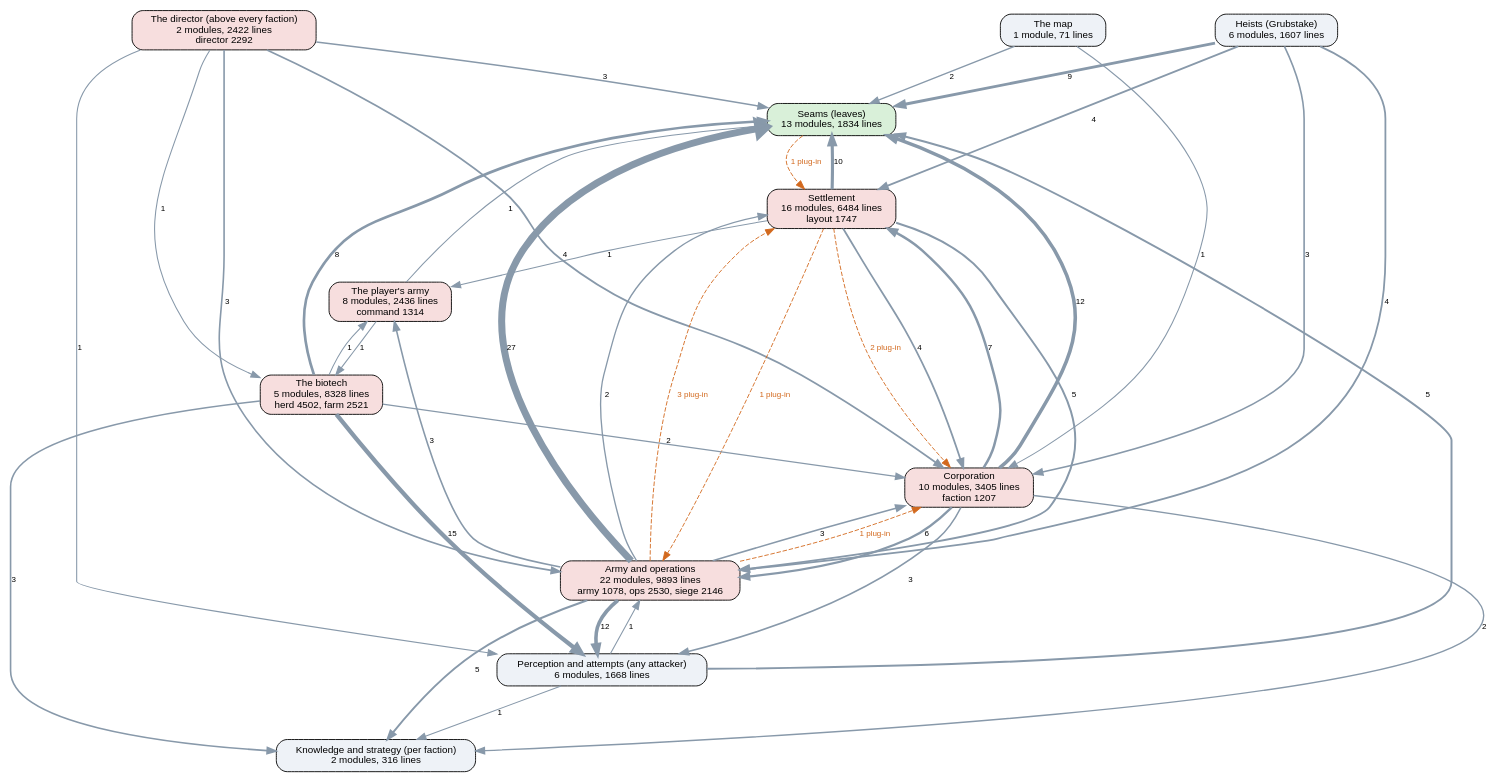
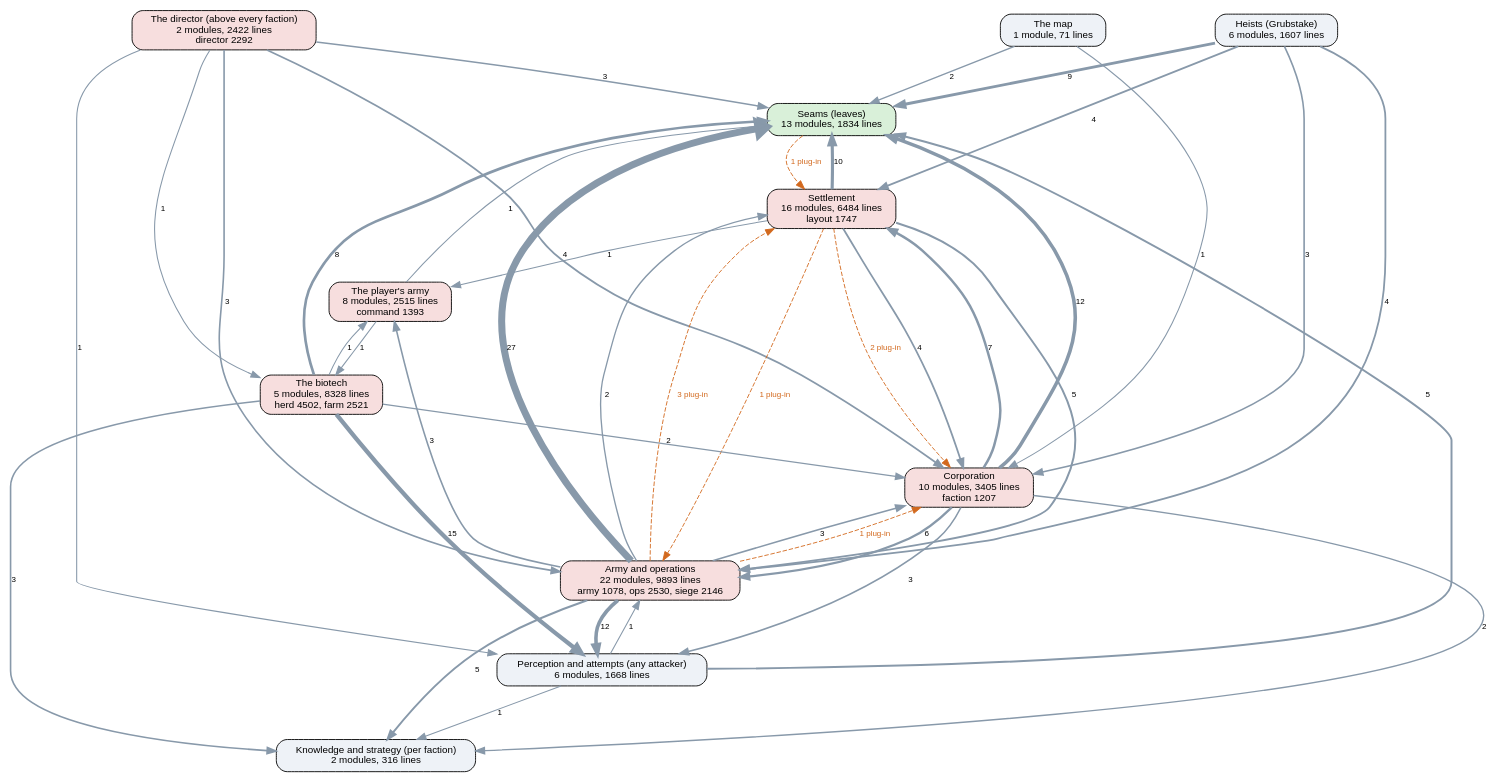
Before and after one commit to kinelhu/landing-party: the diagram in docs/ai-layers.dot, drawn with Graphviz. The commit also changed 17 other files, not shown here.

```diff
--- a/docs/ai-layers.dot
+++ b/docs/ai-layers.dot
@@ -1,57 +1,57 @@
 digraph layers {
   graph [rankdir=TB, fontname="Helvetica", nodesep=0.5, ranksep=0.7];
   node [shape=box, style="rounded,filled", fontname="Helvetica", fontsize=11, fillcolor="#eef2f7"];
   edge [color="#8899aa", fontname="Helvetica", fontsize=9];
   "Seams (leaves)" [label="Seams (leaves)\n13 modules, 1834 lines", fillcolor="#d9f0d9"];
   "Perception and attempts (any attacker)" [label="Perception and attempts (any attacker)\n6 modules, 1668 lines", fillcolor="#eef2f7"];
   "Knowledge and strategy (per faction)" [label="Knowledge and strategy (per faction)\n2 modules, 316 lines", fillcolor="#eef2f7"];
   "The director (above every faction)" [label="The director (above every faction)\n2 modules, 2422 lines\ndirector 2292", fillcolor="#f7dede"];
   "Corporation" [label="Corporation\n10 modules, 3405 lines\nfaction 1207", fillcolor="#f7dede"];
   "Settlement" [label="Settlement\n16 modules, 6484 lines\nlayout 1747", fillcolor="#f7dede"];
   "Army and operations" [label="Army and operations\n22 modules, 9893 lines\narmy 1078, ops 2530, siege 2146", fillcolor="#f7dede"];
   "Heists (Grubstake)" [label="Heists (Grubstake)\n6 modules, 1607 lines", fillcolor="#eef2f7"];
   "The biotech" [label="The biotech\n5 modules, 8328 lines\nherd 4502, farm 2521", fillcolor="#f7dede"];
   "The map" [label="The map\n1 module, 71 lines", fillcolor="#eef2f7"];
-  "The player's army" [label="The player's army\n8 modules, 2436 lines\ncommand 1314", fillcolor="#f7dede"];
+  "The player's army" [label="The player's army\n8 modules, 2515 lines\ncommand 1393", fillcolor="#f7dede"];
   "Army and operations" -> "Corporation" [label="3", penwidth=1.8];
   "Army and operations" -> "Knowledge and strategy (per faction)" [label="5", penwidth=2.2];
   "Army and operations" -> "Perception and attempts (any attacker)" [label="12", penwidth=4.0];
   "Army and operations" -> "Seams (leaves)" [label="27", penwidth=7.8];
   "Army and operations" -> "Settlement" [label="2", penwidth=1.5];
   "Army and operations" -> "The player's army" [label="3", penwidth=1.8];
   "Corporation" -> "Army and operations" [label="6", penwidth=2.5];
   "Corporation" -> "Knowledge and strategy (per faction)" [label="2", penwidth=1.5];
   "Corporation" -> "Perception and attempts (any attacker)" [label="3", penwidth=1.8];
   "Corporation" -> "Seams (leaves)" [label="12", penwidth=4.0];
   "Corporation" -> "Settlement" [label="7", penwidth=2.8];
   "Heists (Grubstake)" -> "Army and operations" [label="4", penwidth=2.0];
   "Heists (Grubstake)" -> "Corporation" [label="3", penwidth=1.8];
   "Heists (Grubstake)" -> "Seams (leaves)" [label="9", penwidth=3.2];
   "Heists (Grubstake)" -> "Settlement" [label="4", penwidth=2.0];
   "Perception and attempts (any attacker)" -> "Army and operations" [label="1", penwidth=1.2];
   "Perception and attempts (any attacker)" -> "Knowledge and strategy (per faction)" [label="1", penwidth=1.2];
   "Perception and attempts (any attacker)" -> "Seams (leaves)" [label="5", penwidth=2.2];
   "Settlement" -> "Army and operations" [label="5", penwidth=2.2];
   "Settlement" -> "Corporation" [label="4", penwidth=2.0];
   "Settlement" -> "Seams (leaves)" [label="10", penwidth=3.5];
   "Settlement" -> "The player's army" [label="1", penwidth=1.2];
   "The biotech" -> "Corporation" [label="2", penwidth=1.5];
   "The biotech" -> "Knowledge and strategy (per faction)" [label="3", penwidth=1.8];
   "The biotech" -> "Perception and attempts (any attacker)" [label="15", penwidth=4.8];
   "The biotech" -> "Seams (leaves)" [label="8", penwidth=3.0];
   "The biotech" -> "The player's army" [label="1", penwidth=1.2];
   "The director (above every faction)" -> "Army and operations" [label="3", penwidth=1.8];
   "The director (above every faction)" -> "Corporation" [label="4", penwidth=2.0];
   "The director (above every faction)" -> "Perception and attempts (any attacker)" [label="1", penwidth=1.2];
   "The director (above every faction)" -> "Seams (leaves)" [label="3", penwidth=1.8];
   "The director (above every faction)" -> "The biotech" [label="1", penwidth=1.2];
   "The map" -> "Corporation" [label="1", penwidth=1.2];
   "The map" -> "Seams (leaves)" [label="2", penwidth=1.5];
   "The player's army" -> "Seams (leaves)" [label="1", penwidth=1.2];
   "The player's army" -> "The biotech" [label="1", penwidth=1.2];
   "Army and operations" -> "Corporation" [style=dashed, color="#d2691e", fontcolor="#d2691e", label="1 plug-in"];
   "Army and operations" -> "Settlement" [style=dashed, color="#d2691e", fontcolor="#d2691e", label="3 plug-in"];
   "Seams (leaves)" -> "Settlement" [style=dashed, color="#d2691e", fontcolor="#d2691e", label="1 plug-in"];
   "Settlement" -> "Army and operations" [style=dashed, color="#d2691e", fontcolor="#d2691e", label="1 plug-in"];
   "Settlement" -> "Corporation" [style=dashed, color="#d2691e", fontcolor="#d2691e", label="2 plug-in"];
 }
```
